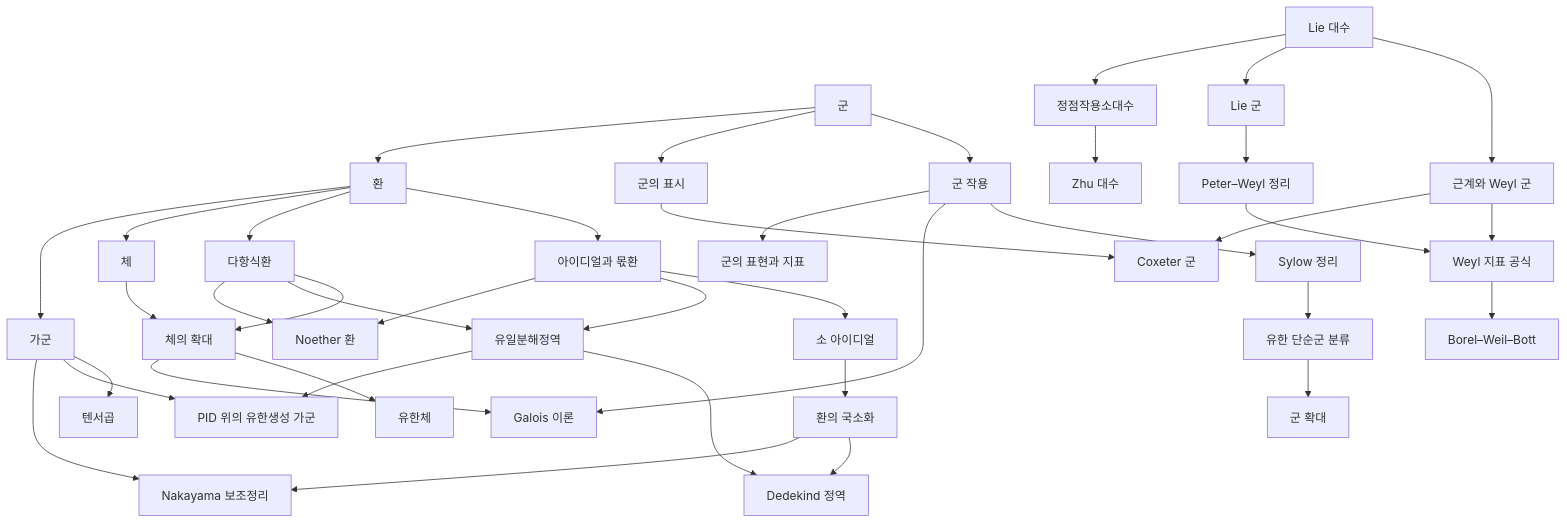
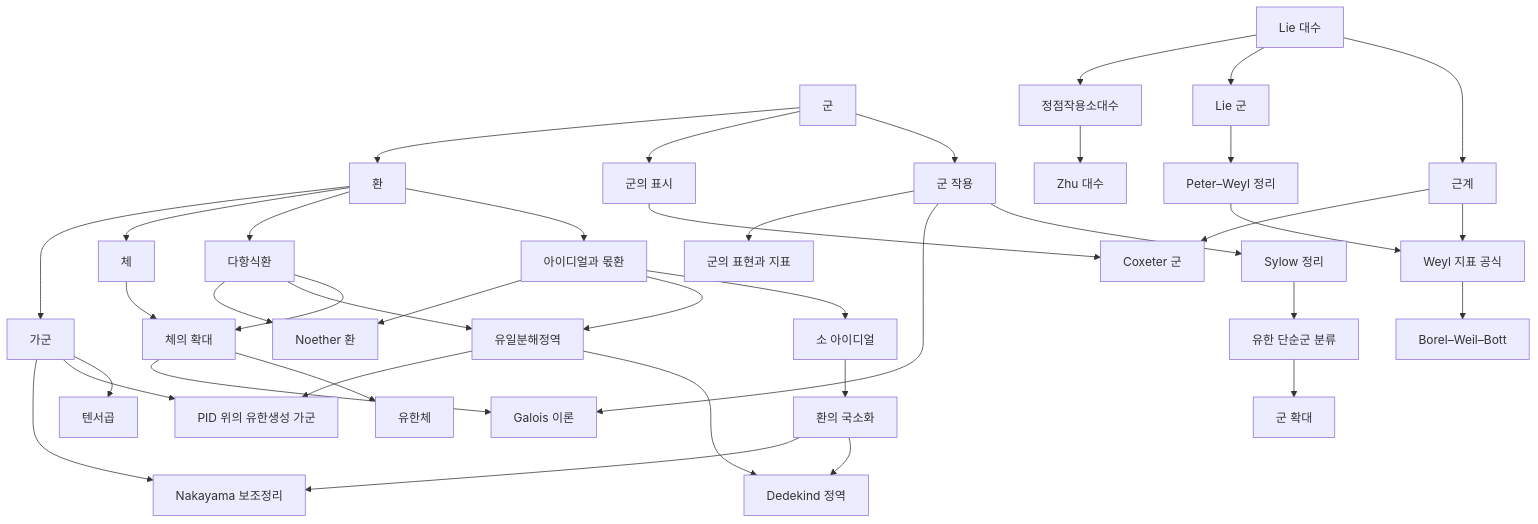
The diagram in docs/abstract-algebra-overview.md (Phryxia/math-map), drawn with Mermaid before and after one commit. The commit also changed other lines of this file and 49 other files, not shown here.

````diff
--- a/docs/abstract-algebra-overview.md
+++ b/docs/abstract-algebra-overview.md
@@ -11,25 +11,25 @@
 ```mermaid
 graph TD
   G["군"] --> GA["군 작용"] --> SY["Sylow 정리"] --> FS["유한 단순군 분류"] --> GE["군 확대"]
   GA --> GT["Galois 이론"]
   GA --> GR["군의 표현과 지표"]
   G --> GP["군의 표시"] --> CX["Coxeter 군"]
   G --> R["환"] --> ID["아이디얼과 몫환"] --> PI["소 아이디얼"] --> LZ["환의 국소화"]
   ID --> UFD["유일분해정역"] --> DD["Dedekind 정역"]
   ID --> NO["Noether 환"]
   LZ --> DD
   R --> PR["다항식환"] --> FE["체의 확대"]
   PR --> UFD
   PR --> NO
   R --> F["체"] --> FE --> FF["유한체"]
   FE --> GT
   R --> M["가군"] --> TP["텐서곱"]
   M --> FG["PID 위의 유한생성 가군"]
   UFD --> FG
   M --> NK["Nakayama 보조정리"]
   LZ --> NK
-  LA["Lie 대수"] --> RS["근계와 Weyl 군"] --> WC["Weyl 지표 공식"] --> BWB["Borel–Weil–Bott"]
+  LA["Lie 대수"] --> RS["근계"] --> WC["Weyl 지표 공식"] --> BWB["Borel–Weil–Bott"]
   RS --> CX
   LA --> LG["Lie 군"] --> PW["Peter–Weyl 정리"] --> WC
   LA --> VOA["정점작용소대수"] --> ZA["Zhu 대수"]
 ```
````
